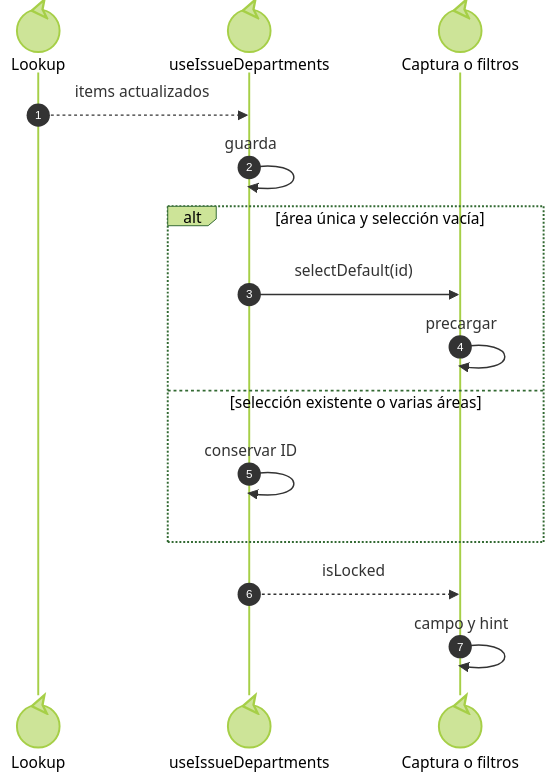
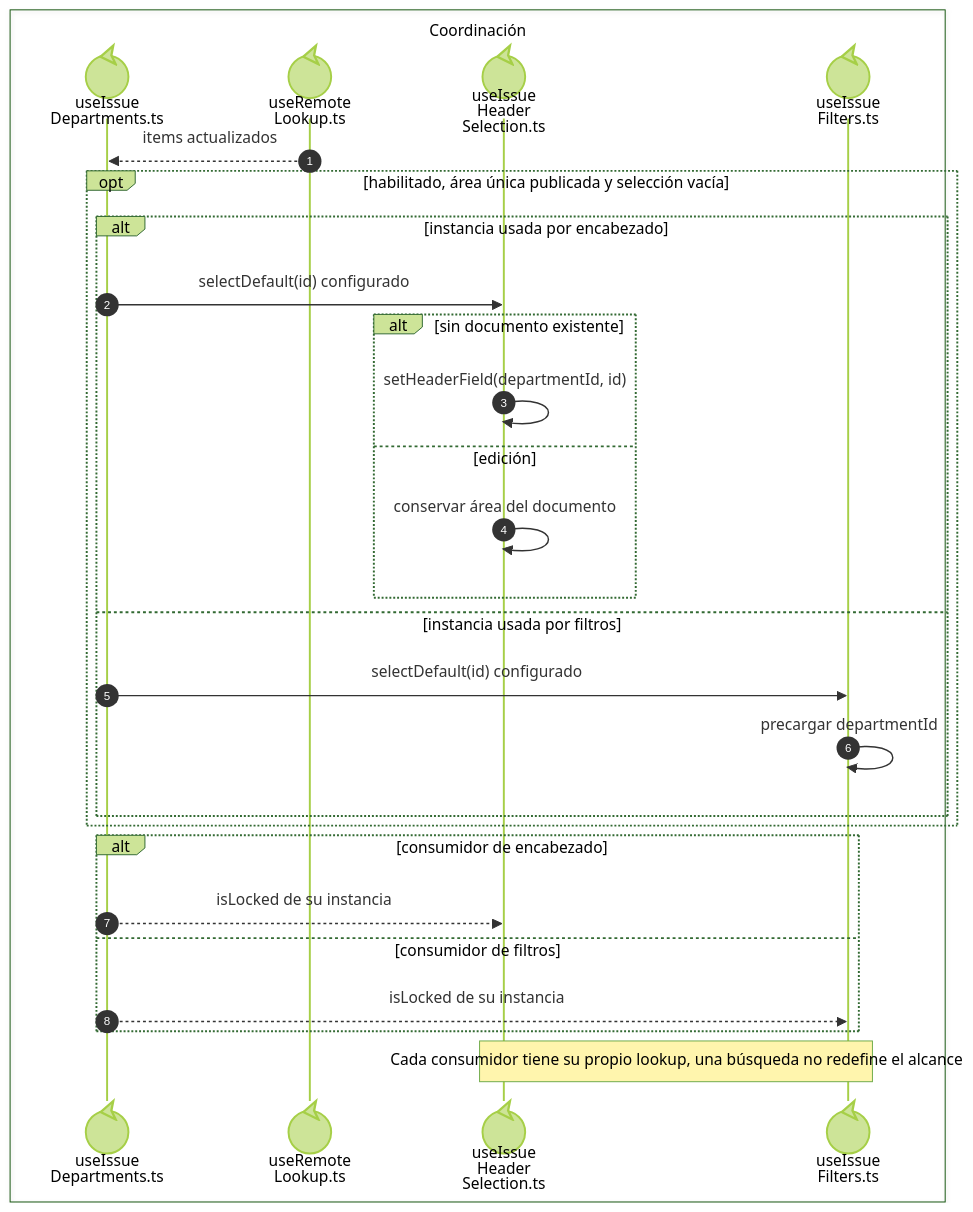
Before and after one commit to gpgsistemas01/nexus: the second of 2 diagrams in front/docs/architecture/views/processes/07-issues/04-department-scope.md, drawn with Mermaid (forest theme). The commit also changed other lines of this file and 46 other files, not shown here.

````diff
--- a/front/docs/architecture/views/processes/07-issues/04-department-scope.md
+++ b/front/docs/architecture/views/processes/07-issues/04-department-scope.md
@@ -40,17 +53,30 @@
 ```mermaid
 sequenceDiagram
     autonumber
-    participant Lookup@{ "type": "control" } as Lookup
-    participant Scope@{ "type": "control" } as useIssueDepartments
-    participant Owner@{ "type": "control" } as Captura o filtros
+    box Coordinación
+    participant Scope@{ "type": "control" } as useIssue<br/>Departments.ts
+    participant Lookup@{ "type": "control" } as useRemote<br/>Lookup.ts
+    participant Header@{ "type": "control" } as useIssue<br/>Header<br/>Selection.ts
+    participant Filters@{ "type": "control" } as useIssue<br/>Filters.ts
+    end
     Lookup-->>Scope: items actualizados
-    Scope->>Scope: guarda
-    alt área única y selección vacía
-        Scope->>Owner: selectDefault(id)
-        Owner->>Owner: precargar
-    else selección existente o varias áreas
-        Scope->>Scope: conservar ID
+    opt habilitado, área única publicada y selección vacía
+        alt instancia usada por encabezado
+            Scope->>Header: selectDefault(id) configurado
+            alt sin documento existente
+                Header->>Header: setHeaderField(departmentId, id)
+            else edición
+                Header->>Header: conservar área del documento
+            end
+        else instancia usada por filtros
+            Scope->>Filters: selectDefault(id) configurado
+            Filters->>Filters: precargar departmentId
+        end
     end
-    Scope-->>Owner: isLocked
-    Owner->>Owner: campo y hint
+    alt consumidor de encabezado
+        Scope-->>Header: isLocked de su instancia
+    else consumidor de filtros
+        Scope-->>Filters: isLocked de su instancia
+    end
+    Note over Header,Filters: Cada consumidor tiene su propio lookup, una búsqueda no redefine el alcance
 ```
````
